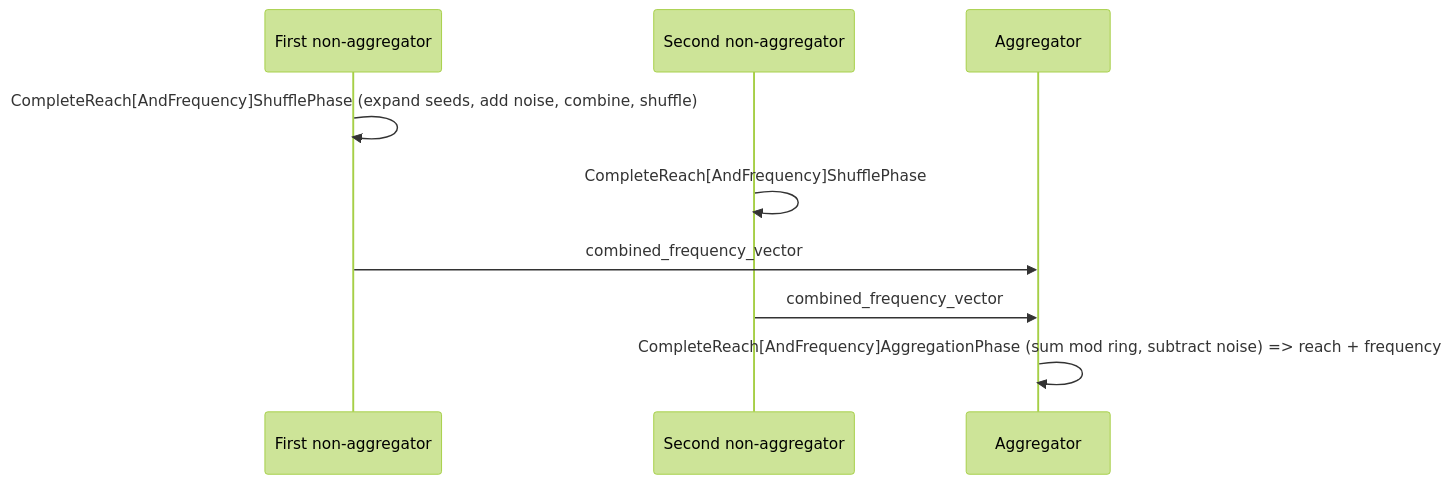
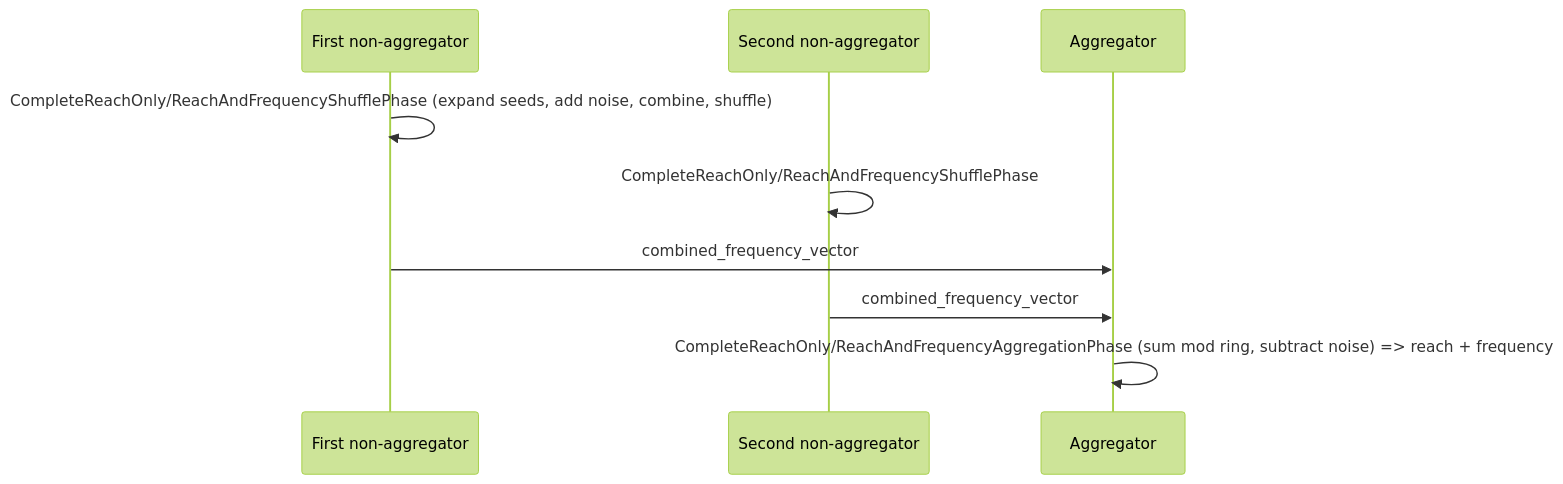
Before and after one commit to world-federation-of-advertisers/cross-media-measurement: the third of 3 diagrams in docs/architecture/crosscutting/mpc-and-cryptography.md, drawn with Mermaid (forest theme). The commit also changed other lines of this file and 16 other files, not shown here.

````diff
--- a/docs/architecture/crosscutting/mpc-and-cryptography.md
+++ b/docs/architecture/crosscutting/mpc-and-cryptography.md
@@ -208,11 +219,11 @@
 ```mermaid
 sequenceDiagram
   participant W1 as First non-aggregator
   participant W2 as Second non-aggregator
   participant AGG as Aggregator
-  W1->>W1: CompleteReach[AndFrequency]ShufflePhase (expand seeds, add noise, combine, shuffle)
-  W2->>W2: CompleteReach[AndFrequency]ShufflePhase
+  W1->>W1: CompleteReachOnly/ReachAndFrequencyShufflePhase (expand seeds, add noise, combine, shuffle)
+  W2->>W2: CompleteReachOnly/ReachAndFrequencyShufflePhase
   W1->>AGG: combined_frequency_vector
   W2->>AGG: combined_frequency_vector
-  AGG->>AGG: CompleteReach[AndFrequency]AggregationPhase (sum mod ring, subtract noise) => reach + frequency
+  AGG->>AGG: CompleteReachOnly/ReachAndFrequencyAggregationPhase (sum mod ring, subtract noise) => reach + frequency
 ```
````
